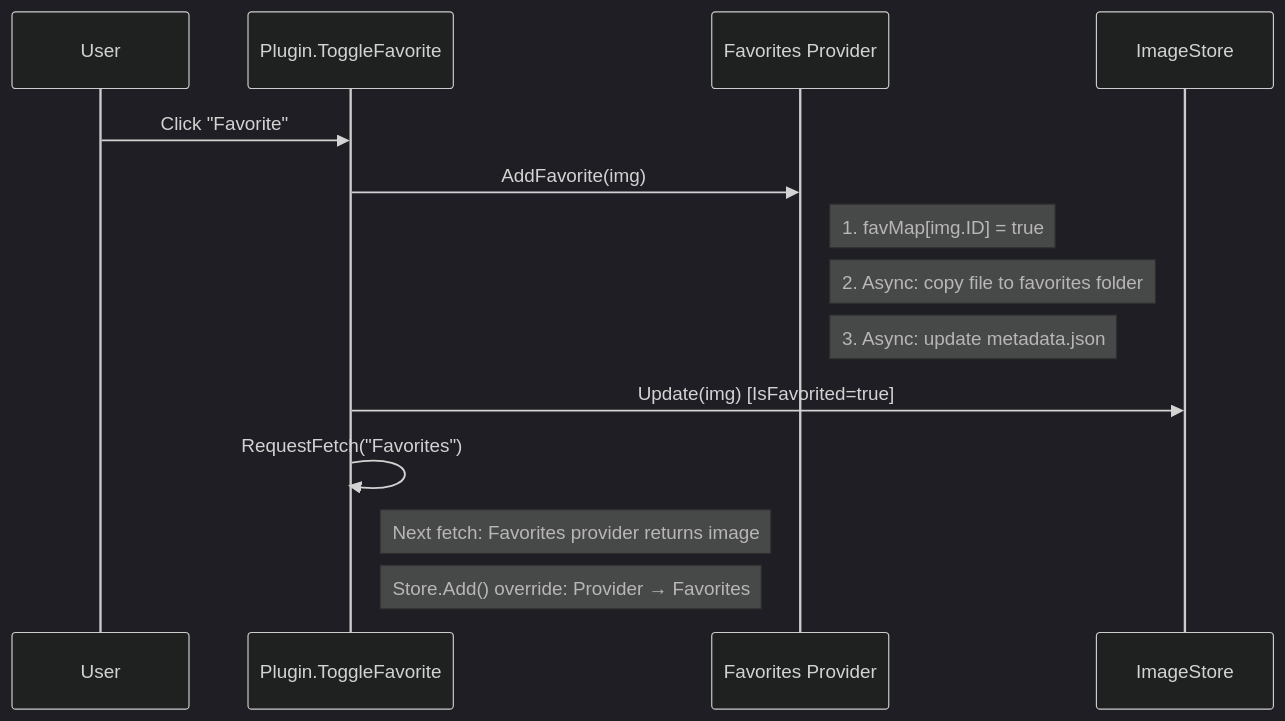
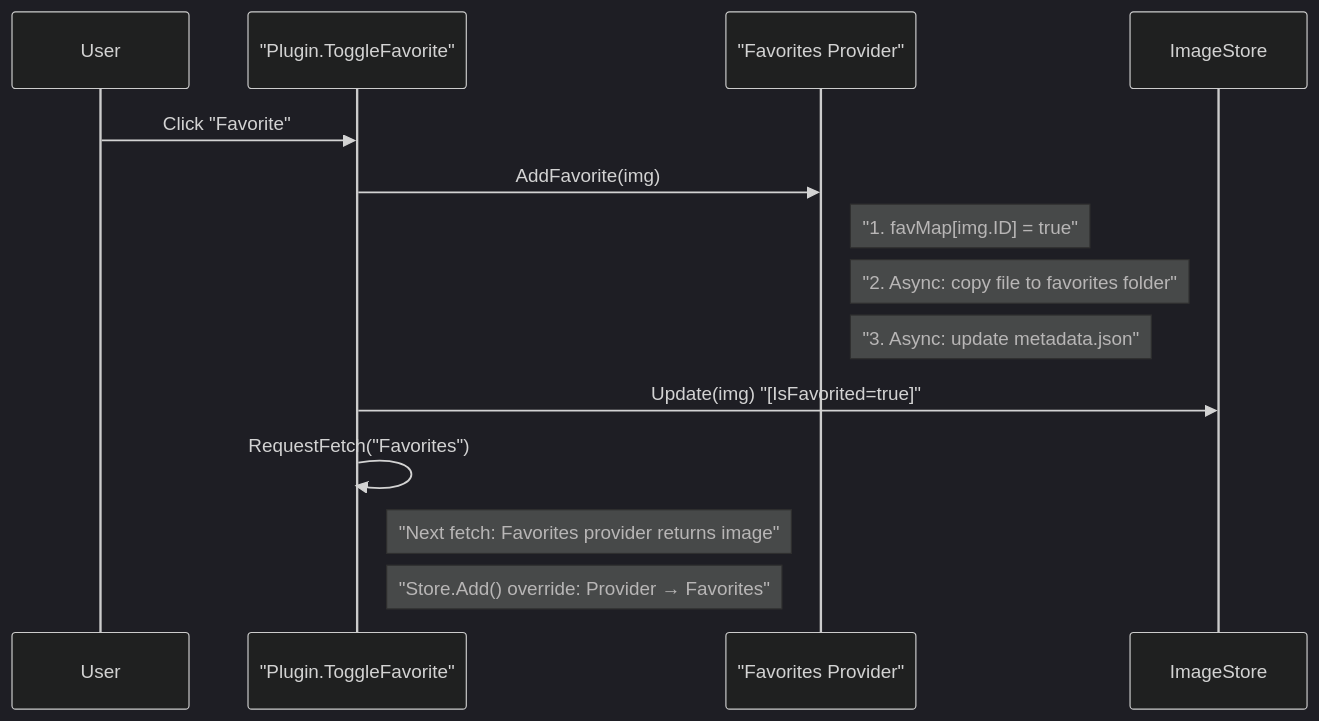
The first of 2 diagrams in docs/concurrency.md (dixieflatline76/Spice), drawn with Mermaid (dark theme) before and after one commit. The commit also changed other lines of this file and 1 other file, not shown here.

Commit message:
docs: fix Mermaid syntax errors in architectural diagrams

````diff
--- a/docs/concurrency.md
+++ b/docs/concurrency.md
@@ -52,17 +52,17 @@
 ```mermaid
 sequenceDiagram
     participant User
-    participant Plugin as Plugin.ToggleFavorite
-    participant FavProv as Favorites Provider
+    participant Plugin as "Plugin.ToggleFavorite"
+    participant FavProv as "Favorites Provider"
     participant Store as ImageStore
 
     User->>Plugin: Click "Favorite"
     Plugin->>FavProv: AddFavorite(img)
-    Note right of FavProv: 1. favMap[img.ID] = true
-    Note right of FavProv: 2. Async: copy file to favorites folder
-    Note right of FavProv: 3. Async: update metadata.json
-    Plugin->>Store: Update(img) [IsFavorited=true]
+    Note right of FavProv: "1. favMap[img.ID] = true"
+    Note right of FavProv: "2. Async: copy file to favorites folder"
+    Note right of FavProv: "3. Async: update metadata.json"
+    Plugin->>Store: Update(img) "[IsFavorited=true]"
     Plugin->>Plugin: RequestFetch("Favorites")
-    Note right of Plugin: Next fetch: Favorites provider returns image
-    Note right of Plugin: Store.Add() override: Provider → Favorites
+    Note right of Plugin: "Next fetch: Favorites provider returns image"
+    Note right of Plugin: "Store.Add() override: Provider → Favorites"
 ```
````
